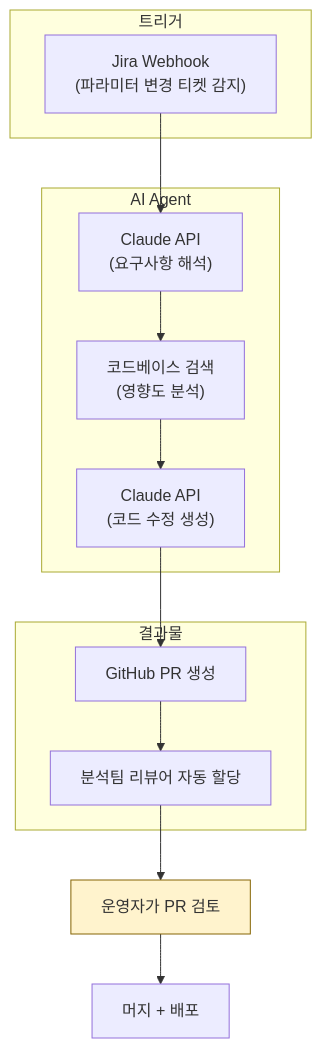
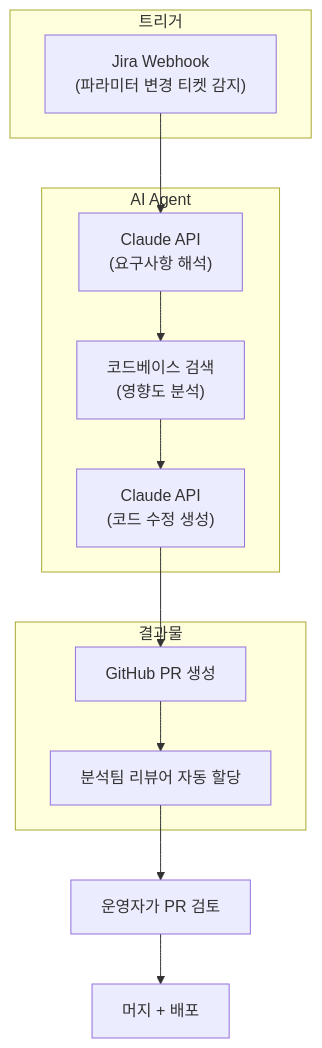
Before and after one commit to Gyubster/til: the fourth of 4 diagrams in _posts/2026-04-15-kais-파라미터-변경-ai-agent-설계-llm을-production-워크플로우에-적용하기.md, drawn with Mermaid. The commit also changed other lines of this file and 13 other files, not shown here.

Commit message:
Mermaid 렌더링 수정: subgraph style 명령 제거

````diff
--- a/_posts/2026-04-15-kais-파라미터-변경-ai-agent-설계-llm을-production-워크플로우에-적용하기.md
+++ b/_posts/2026-04-15-kais-파라미터-변경-ai-agent-설계-llm을-production-워크플로우에-적용하기.md
@@ -93,20 +89,19 @@
 ```mermaid
 flowchart TD
     subgraph trigger["트리거"]
         A["Jira Webhook<br>(파라미터 변경 티켓 감지)"]
     end
     subgraph agent["AI Agent"]
         B["Claude API<br>(요구사항 해석)"]
         C["코드베이스 검색<br>(영향도 분석)"]
         D["Claude API<br>(코드 수정 생성)"]
     end
     subgraph output["결과물"]
         E["GitHub PR 생성"]
         F["분석팀 리뷰어 자동 할당"]
     end
     A --> B --> C --> D --> E --> F
 
     G["운영자가 PR 검토"] --> H["머지 + 배포"]
     F --> G
-    style G fill:#fff3cd,stroke:#856404
 ```
````
